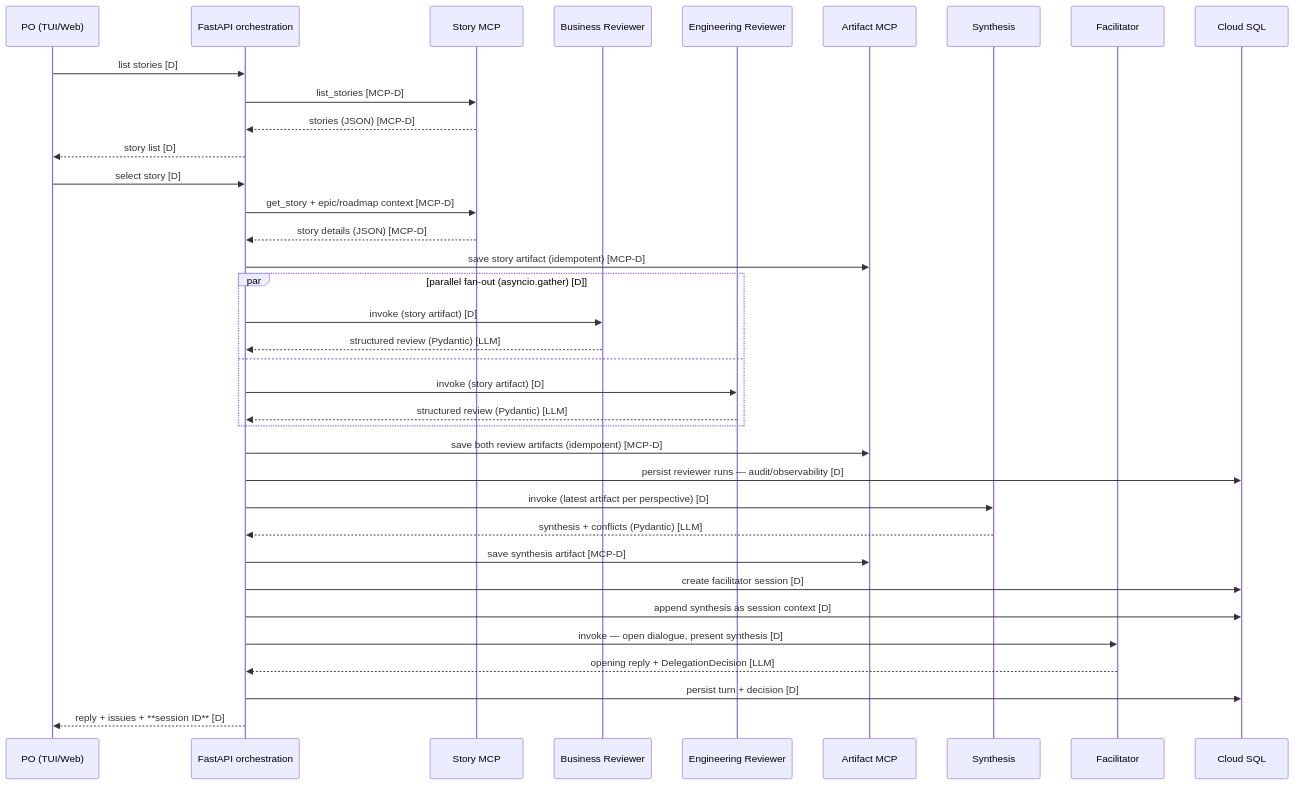
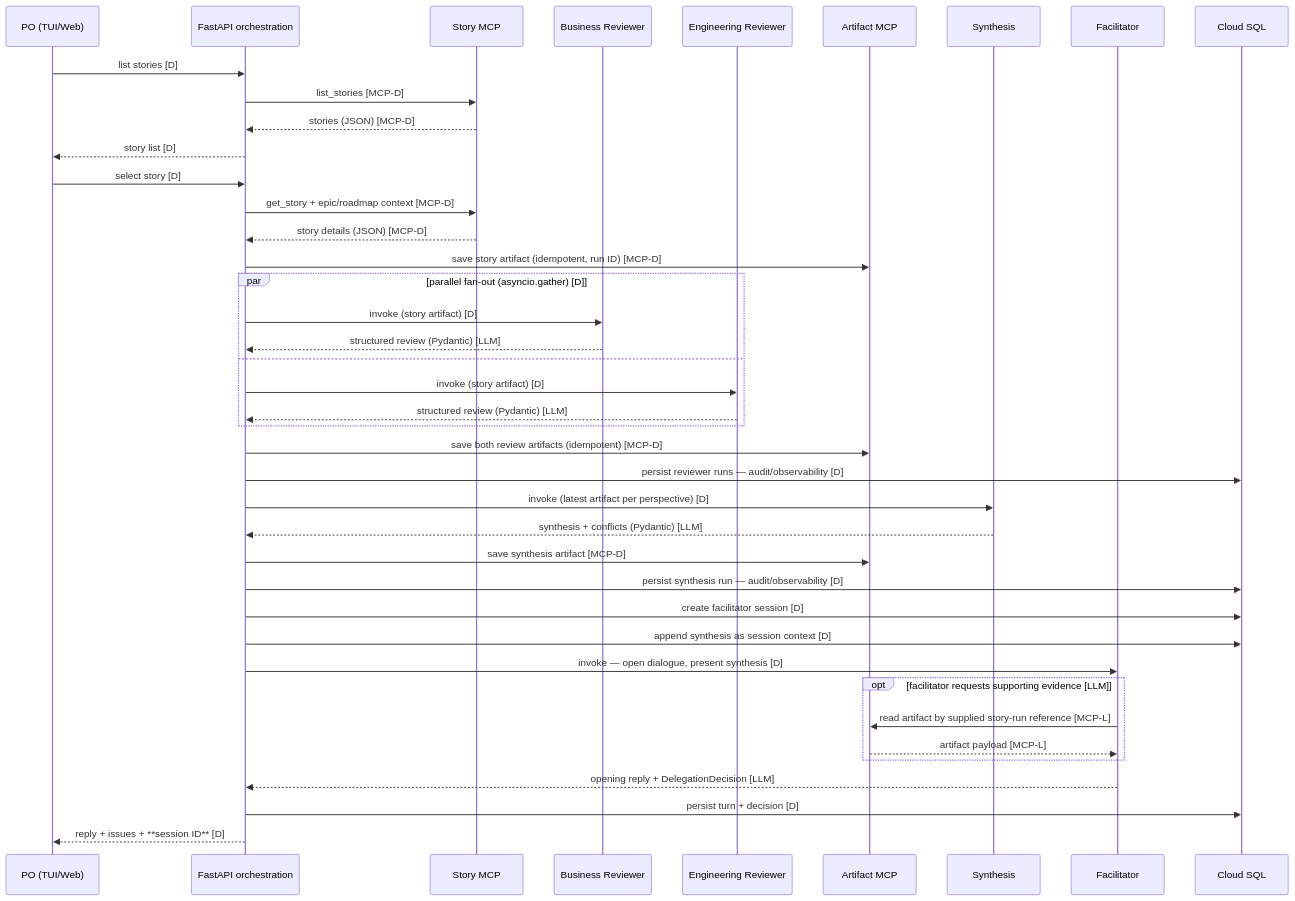
Before and after one commit to MMZ993/story-review: the first of 4 diagrams in docs/design/data-flow.md, drawn with Mermaid. The commit also changed other lines of this file and 9 other files, not shown here.

Commit message:
docs: harden gate precedence, finalization retries, mcp ownership and audit persistence

````diff
--- a/docs/design/data-flow.md
+++ b/docs/design/data-flow.md
@@ -17,39 +17,44 @@
 ```mermaid
 sequenceDiagram
     participant PO as PO (TUI/Web)
     participant F as FastAPI orchestration
     participant S as Story MCP
     participant B as Business Reviewer
     participant E as Engineering Reviewer
     participant A as Artifact MCP
     participant Y as Synthesis
     participant T as Facilitator
     participant C as Cloud SQL
 
     PO->>F: list stories [D]
     F->>S: list_stories [MCP-D]
     S-->>F: stories (JSON) [MCP-D]
     F-->>PO: story list [D]
     PO->>F: select story [D]
     F->>S: get_story + epic/roadmap context [MCP-D]
     S-->>F: story details (JSON) [MCP-D]
-    F->>A: save story artifact (idempotent) [MCP-D]
+    F->>A: save story artifact (idempotent, run ID) [MCP-D]
     par parallel fan-out (asyncio.gather) [D]
         F->>B: invoke (story artifact) [D]
         B-->>F: structured review (Pydantic) [LLM]
     and
         F->>E: invoke (story artifact) [D]
         E-->>F: structured review (Pydantic) [LLM]
     end
     F->>A: save both review artifacts (idempotent) [MCP-D]
     F->>C: persist reviewer runs — audit/observability [D]
     F->>Y: invoke (latest artifact per perspective) [D]
     Y-->>F: synthesis + conflicts (Pydantic) [LLM]
     F->>A: save synthesis artifact [MCP-D]
+    F->>C: persist synthesis run — audit/observability [D]
     F->>C: create facilitator session [D]
     F->>C: append synthesis as session context [D]
     F->>T: invoke — open dialogue, present synthesis [D]
+    opt facilitator requests supporting evidence [LLM]
+        T->>A: read artifact by supplied story-run reference [MCP-L]
+        A-->>T: artifact payload [MCP-L]
+    end
     T-->>F: opening reply + DelegationDecision [LLM]
     F->>C: persist turn + decision [D]
     F-->>PO: reply + issues + **session ID** [D]
 ```
````
